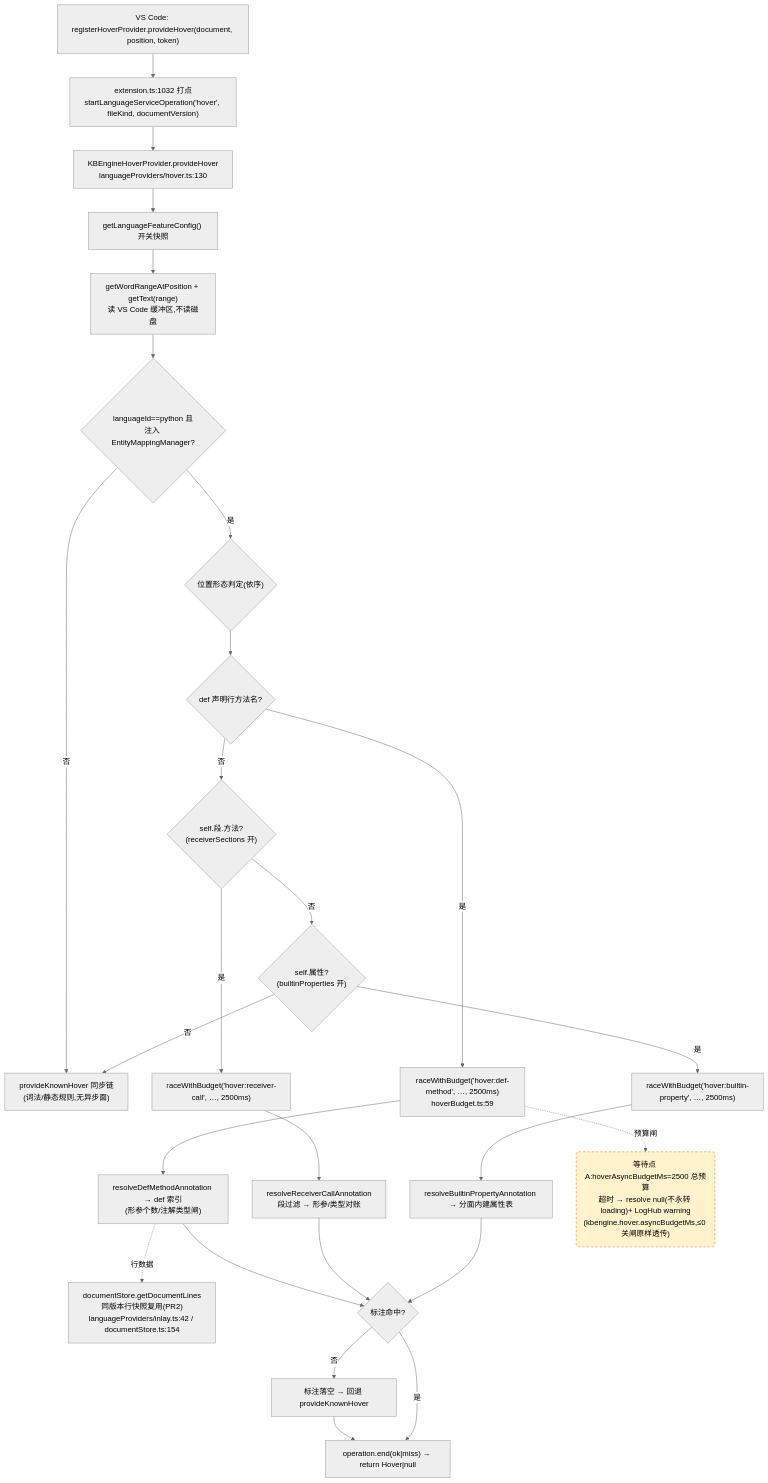
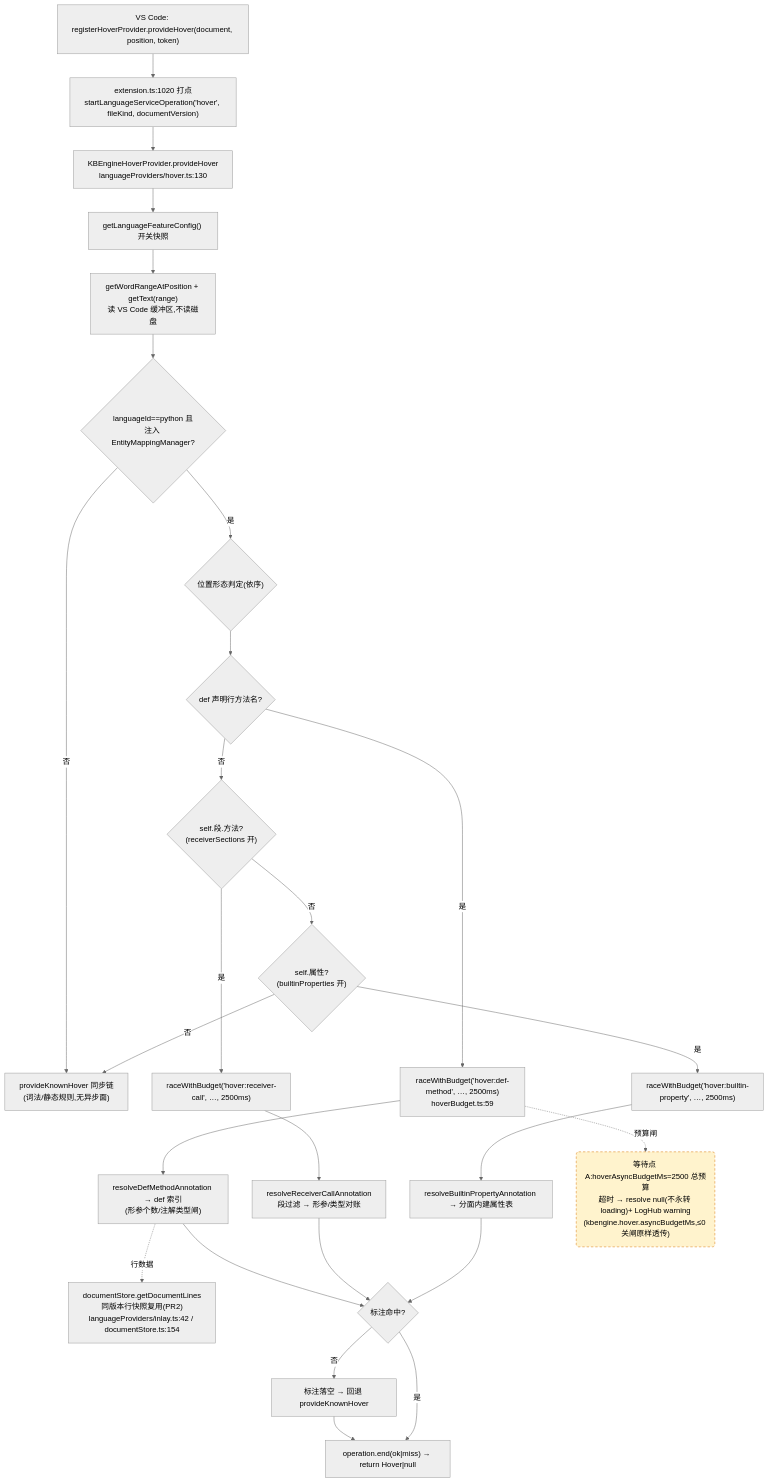
The first of 4 diagrams in docs/perf/2026-baseline.md (cuihairu/kode), drawn with Mermaid (neutral theme) before and after one commit. The commit also changed other lines of this file and 43 other files, not shown here.

````diff
--- a/docs/perf/2026-baseline.md
+++ b/docs/perf/2026-baseline.md
@@ -82,45 +82,45 @@
 ```mermaid
 flowchart TD
   VC1["VS Code: registerHoverProvider.provideHover(document, position, token)"]
-  M1["extension.ts:1032 打点<br/>startLanguageServiceOperation('hover', fileKind, documentVersion)"]
+  M1["extension.ts:1020 打点<br/>startLanguageServiceOperation('hover', fileKind, documentVersion)"]
   HP["KBEngineHoverProvider.provideHover<br/>languageProviders/hover.ts:130"]
   CFG["getLanguageFeatureConfig() 开关快照"]
   WORD["getWordRangeAtPosition + getText(range)<br/>读 VS Code 缓冲区,不读磁盘"]
   BR{"languageId==python 且<br/>注入 EntityMappingManager?"}
   KN["provideKnownHover 同步链<br/>(词法/静态规则,无异步面)"]
   POS{"位置形态判定(依序)"}
   D1{"def 声明行方法名?"}
   D2{"self.段.方法?<br/>(receiverSections 开)"}
   D3{"self.属性?<br/>(builtinProperties 开)"}
   RA1["raceWithBudget('hover:def-method', …, 2500ms)<br/>hoverBudget.ts:59"]
   RA2["raceWithBudget('hover:receiver-call', …, 2500ms)"]
   RA3["raceWithBudget('hover:builtin-property', …, 2500ms)"]
   RS1["resolveDefMethodAnnotation → def 索引<br/>(形参个数/注解类型闸)"]
   RS2["resolveReceiverCallAnnotation<br/>段过滤 → 形参/类型对账"]
   RS3["resolveBuiltinPropertyAnnotation → 分面内建属性表"]
   LINES["documentStore.getDocumentLines<br/>同版本行快照复用(PR2)<br/>languageProviders/inlay.ts:42 / documentStore.ts:154"]
   MISS["标注落空 → 回退 provideKnownHover"]
   END1["operation.end(ok|miss) → return Hover|null"]
 
   VC1 --> M1 --> HP --> CFG --> WORD --> BR
   BR -- "否" --> KN
   BR -- "是" --> POS --> D1
   D1 -- "是" --> RA1 --> RS1
   D1 -- "否" --> D2
   D2 -- "是" --> RA2 --> RS2
   D2 -- "否" --> D3
   D3 -- "是" --> RA3 --> RS3
   D3 -- "否" --> KN
   RS1 --> HIT{"标注命中?"}
   RS2 --> HIT
   RS3 --> HIT
   RS1 -.->|行数据| LINES
   HIT -- "否" --> MISS --> END1
   HIT -- "是" --> END1
 
   WAITA("等待点 A:hoverAsyncBudgetMs=2500 总预算<br/>超时 → resolve null(不永转 loading)+ LogHub warning<br/>(kbengine.hover.asyncBudgetMs,≤0 关闸原样透传)")
   RA1 -.->|预算闸| WAITA
 
   classDef waitPoint fill:#fff3cd,stroke:#d97706,stroke-dasharray:5 4;
   class WAITA waitPoint;
 ```
````
